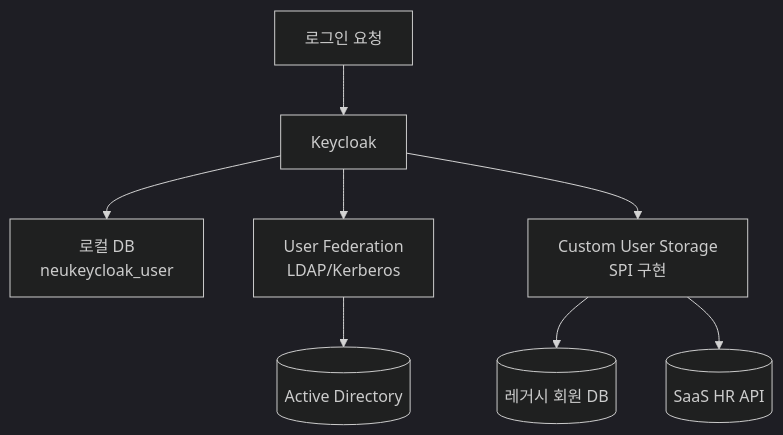
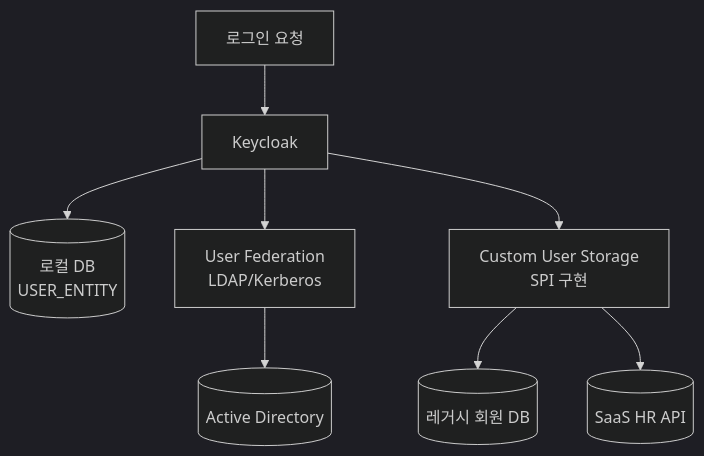
One commit to hobeen-kim/hobeen-kim.github.io changed the first of 4 diagrams in docs/_study/keycloak/17-custom-user-storage.md. Above: the diagram before and after it, drawn with Mermaid (dark theme). The commit also changed other lines of this file and 24 other files, not shown here.

````diff
--- a/docs/_study/keycloak/17-custom-user-storage.md
+++ b/docs/_study/keycloak/17-custom-user-storage.md
@@ -35,10 +35,10 @@
 ```mermaid
 flowchart TD
     Login[로그인 요청] --> KC[Keycloak]
-    KC --> Local[로컬 DB<br>neukeycloak_user]
+    KC --> Local[(로컬 DB<br>USER_ENTITY)]
     KC --> LDAP[User Federation<br>LDAP/Kerberos]
     KC --> Custom[Custom User Storage<br>SPI 구현]
     LDAP --> AD[(Active Directory)]
     Custom --> Legacy[(레거시 회원 DB)]
     Custom --> SaaS[(SaaS HR API)]
 ```
````
